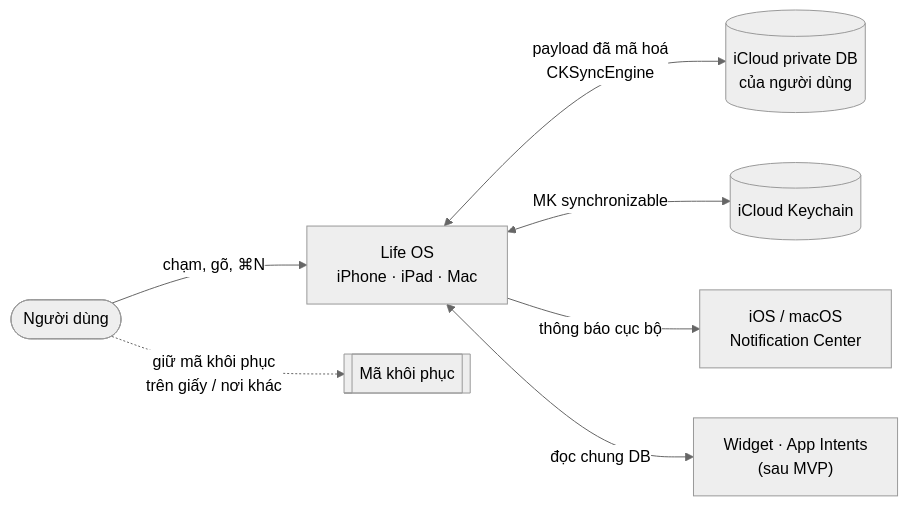
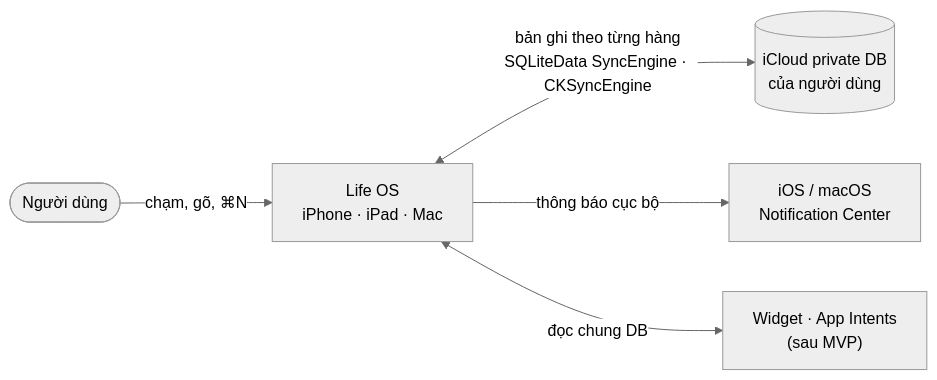
The first of 9 diagrams in docs/architecture/system-design.md (duong6003/Life-OS), drawn with Mermaid (neutral theme) before and after one commit. The commit also changed other lines of this file and 71 other files, not shown here.

Commit message:
docs: adopt SQLiteData for MVP (ADR-0016)

````diff
--- a/docs/architecture/system-design.md
+++ b/docs/architecture/system-design.md
@@ -7,9 +9,7 @@
 ```mermaid
 flowchart LR
   U([Người dùng]) -->|chạm, gõ, ⌘N| APP[Life OS<br/>iPhone · iPad · Mac]
-  APP <-->|payload đã mã hoá<br/>CKSyncEngine| CK[(iCloud private DB<br/>của người dùng)]
-  APP <-->|MK synchronizable| KC[(iCloud Keychain)]
+  APP <-->|bản ghi theo từng hàng<br/>SQLiteData SyncEngine · CKSyncEngine| CK[(iCloud private DB<br/>của người dùng)]
   APP -->|thông báo cục bộ| OS[iOS / macOS<br/>Notification Center]
   APP <-->|đọc chung DB| W["Widget · App Intents<br/>(sau MVP)"]
-  U -.->|giữ mã khôi phục<br/>trên giấy / nơi khác| RK[[Mã khôi phục]]
 ```
````
